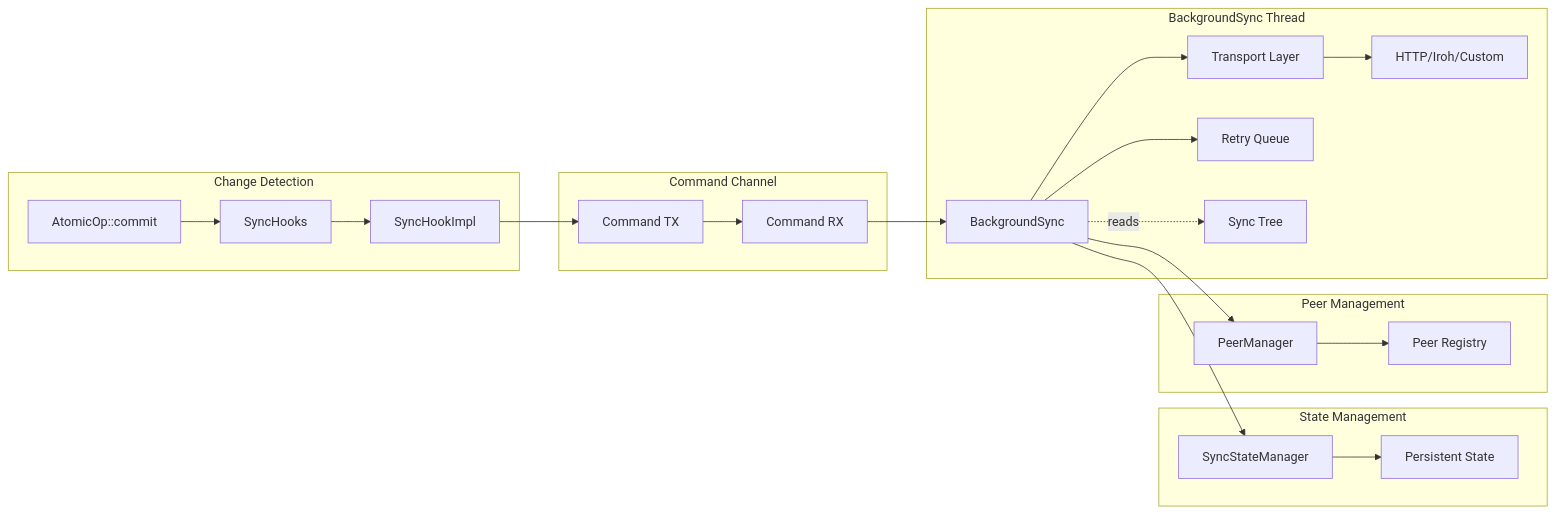
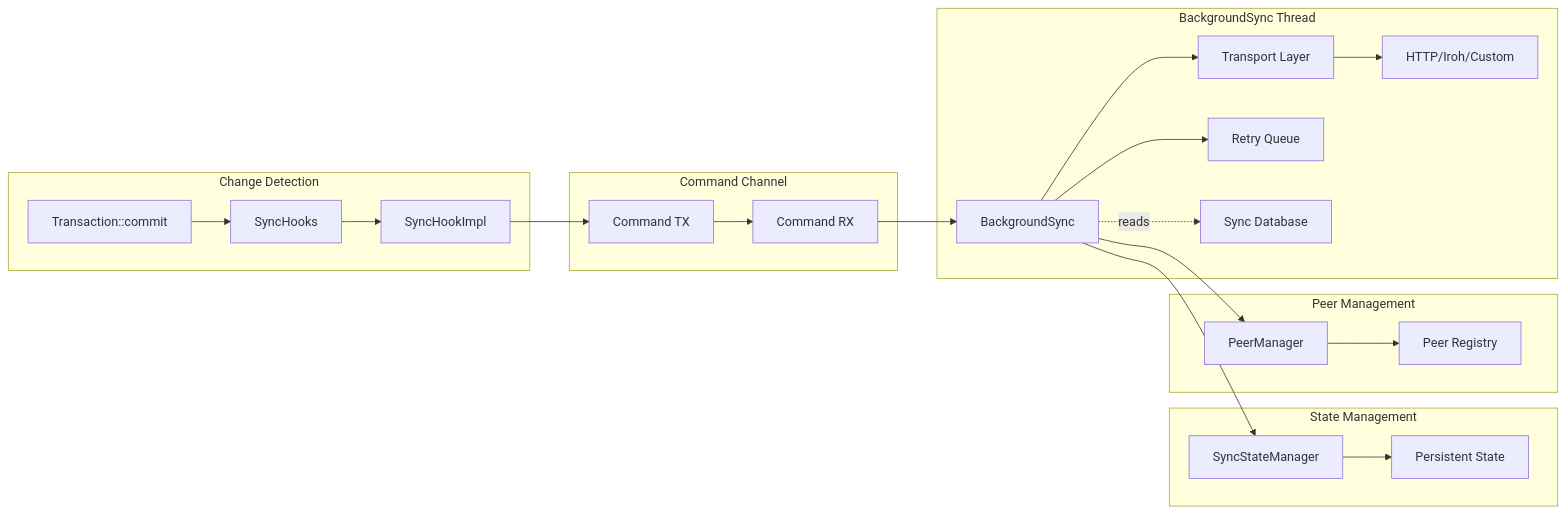
The diagram in docs/src/design/synchronization.md (arcuru/eidetica), drawn with Mermaid before and after one commit. The commit also changed other lines of this file and 62 other files, not shown here.

````diff
--- a/docs/src/design/synchronization.md
+++ b/docs/src/design/synchronization.md
@@ -242,30 +242,30 @@
 ```mermaid
 graph LR
     subgraph "Change Detection"
-        A[AtomicOp::commit] --> B[SyncHooks]
+        A[Transaction::commit] --> B[SyncHooks]
         B --> C[SyncHookImpl]
     end
 
     subgraph "Command Channel"
         C --> D[Command TX]
         D --> E[Command RX]
     end
 
     subgraph "BackgroundSync Thread"
         E --> F[BackgroundSync]
         F --> G[Transport Layer]
         G --> H[HTTP/Iroh/Custom]
         F --> I[Retry Queue]
-        F -.->|reads| ST[Sync Tree]
+        F -.->|reads| ST[Sync Database]
     end
 
     subgraph "State Management"
         K[SyncStateManager] --> L[Persistent State]
         F --> K
     end
 
     subgraph "Peer Management"
         M[PeerManager] --> N[Peer Registry]
         F --> M
     end
 ```
````
